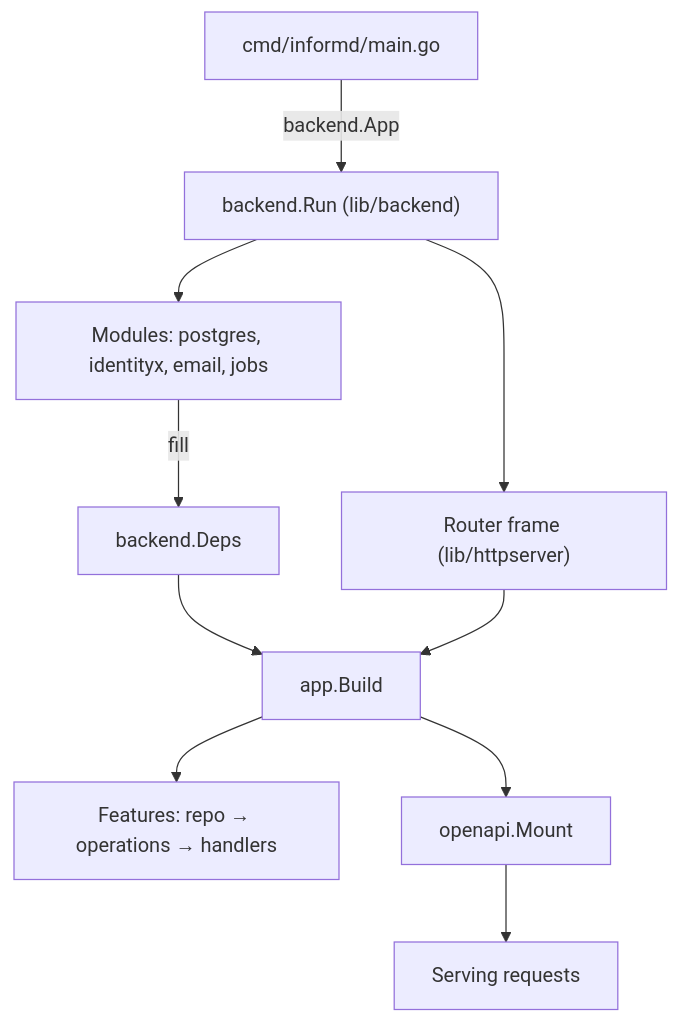
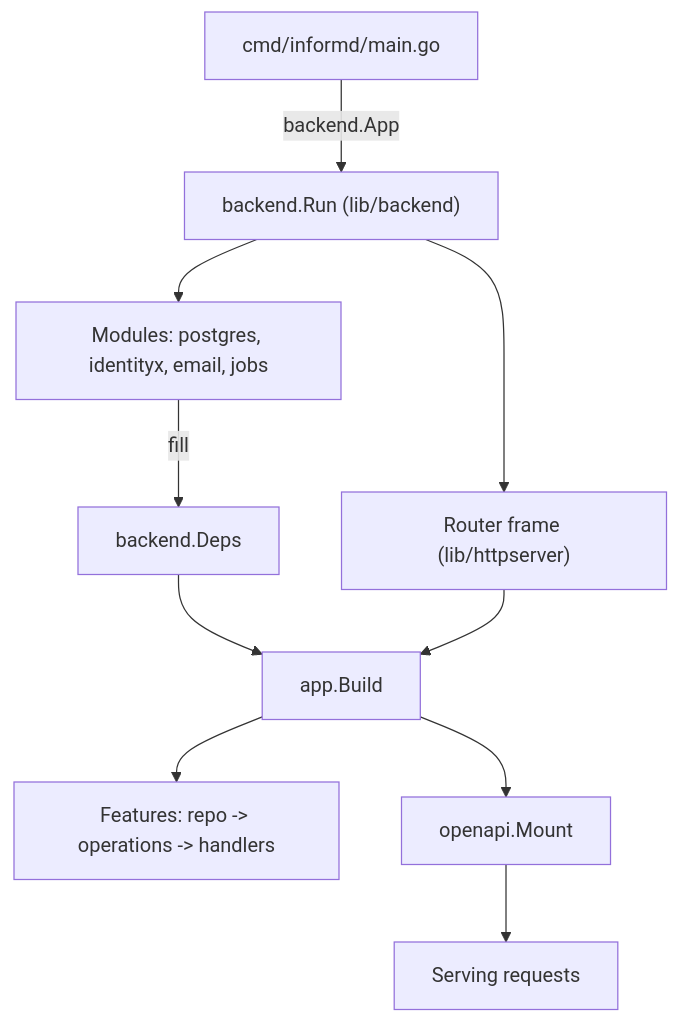
The diagram in docs/backend/overview.mdx (TrieOH/TheTree), drawn with Mermaid before and after one commit. The commit also changed other lines of this file and 8 other files, not shown here.

````diff
--- a/docs/backend/overview.mdx
+++ b/docs/backend/overview.mdx
@@ -12,12 +12,12 @@
 ```mermaid
 flowchart TD
   main["cmd/informd/main.go"] -->|backend.App| run["backend.Run (lib/backend)"]
   run --> modules["Modules: postgres, identityx, email, jobs"]
   modules -->|fill| deps["backend.Deps"]
   run --> router["Router frame (lib/httpserver)"]
   deps --> build["app.Build"]
   router --> build
-  build --> features["Features: repo → operations → handlers"]
+  build --> features["Features: repo -> operations -> handlers"]
   build --> mount["openapi.Mount"]
   mount --> serve["Serving requests"]
 ```
````
